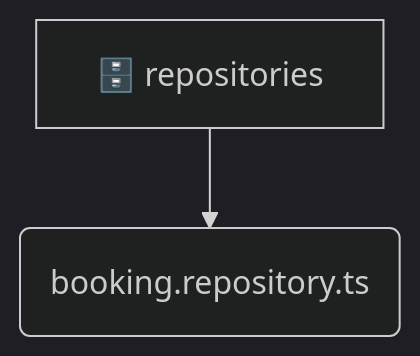
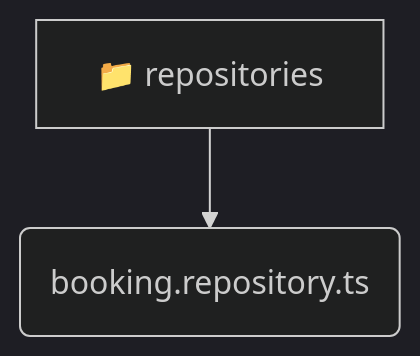
The diagram in backend/src/modules/booking/infrastructure/repositories/README.md (beginwebdev2002/fullstack-mavluda), drawn with Mermaid (dark theme) before and after one commit. The commit also changed other lines of this file and 155 other files, not shown here.

````diff
--- a/backend/src/modules/booking/infrastructure/repositories/README.md
+++ b/backend/src/modules/booking/infrastructure/repositories/README.md
@@ -9,5 +9,5 @@
 ```mermaid
 graph TD
-  repositories[🗄️ repositories]
-  repositories --> booking_repository_ts(booking.repository.ts)
+  repositories[📁 repositories]
+  repositories --> repositories_booking_repository_ts(booking.repository.ts)
 ```
````
